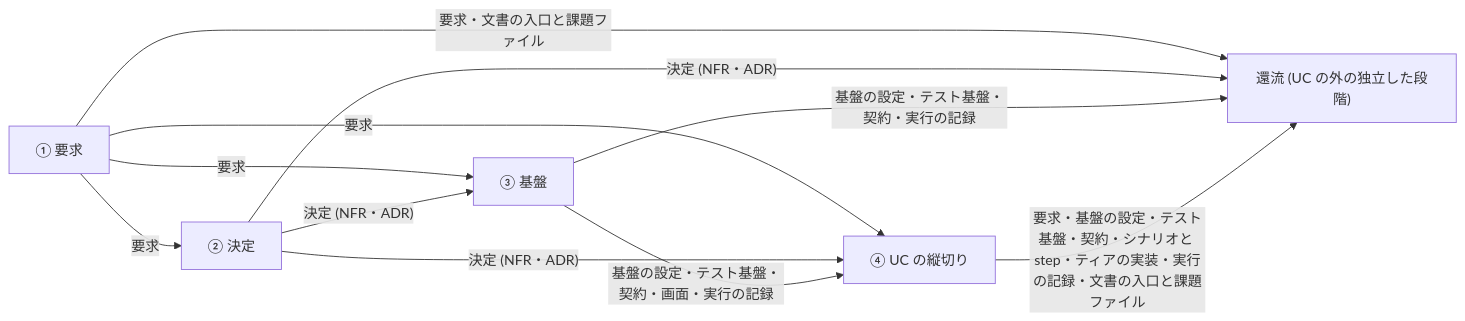
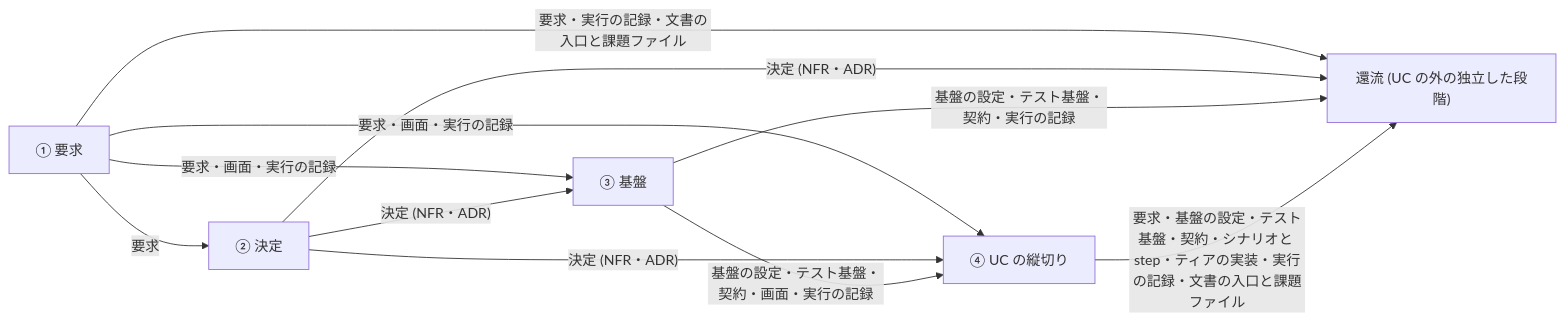
One commit to suwa-sh/suwa-sh-claude-plugins changed the first of 48 diagrams in plugins/distillery2/skills/d2-common/references/dataflow.md. Above: the diagram before and after it, drawn with Mermaid. The commit also changed other lines of this file and 31 other files, not shown here.

````diff
--- a/plugins/distillery2/skills/d2-common/references/dataflow.md
+++ b/plugins/distillery2/skills/d2-common/references/dataflow.md
@@ -21,18 +21,18 @@
 ```mermaid
 flowchart LR
   st_requirements["① 要求"]
   st_decide["② 決定"]
   st_foundation["③ 基盤"]
   st_uc_all["④ UC の縦切り"]
   st_feedback["還流 (UC の外の独立した段階)"]
   st_requirements -->|"要求"| st_decide
-  st_requirements -->|"要求"| st_foundation
-  st_requirements -->|"要求"| st_uc_all
-  st_requirements -->|"要求・文書の入口と課題ファイル"| st_feedback
+  st_requirements -->|"要求・画面・実行の記録"| st_foundation
+  st_requirements -->|"要求・画面・実行の記録"| st_uc_all
+  st_requirements -->|"要求・実行の記録・文書の入口と課題ファイル"| st_feedback
   st_decide -->|"決定 (NFR・ADR)"| st_foundation
   st_decide -->|"決定 (NFR・ADR)"| st_uc_all
   st_decide -->|"決定 (NFR・ADR)"| st_feedback
   st_foundation -->|"基盤の設定・テスト基盤・契約・画面・実行の記録"| st_uc_all
   st_foundation -->|"基盤の設定・テスト基盤・契約・実行の記録"| st_feedback
   st_uc_all -->|"要求・基盤の設定・テスト基盤・契約・シナリオと step・ティアの実装・実行の記録・文書の入口と課題ファイル"| st_feedback
 ```
````
